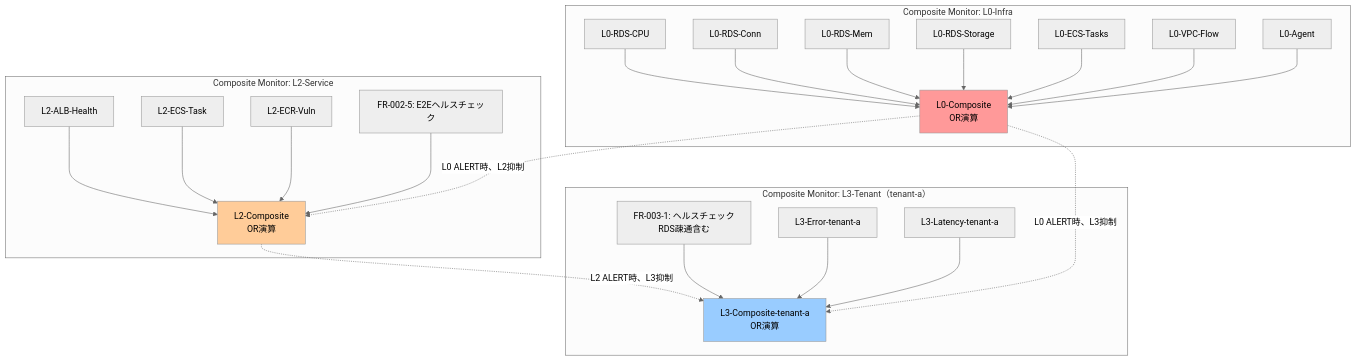
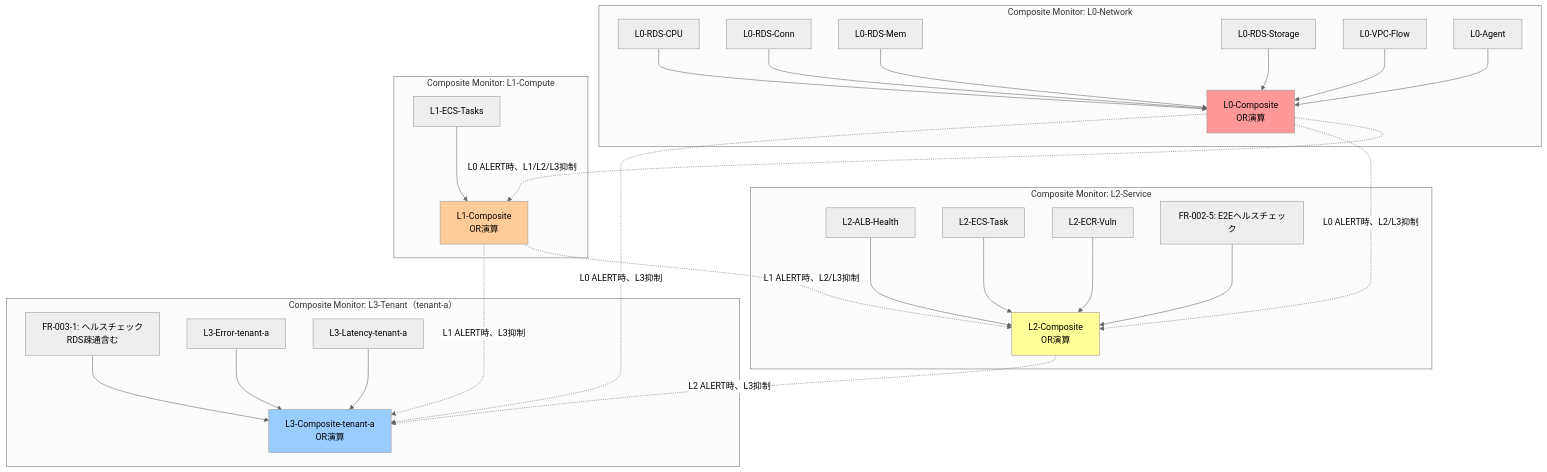
Before and after one commit to k-tanaka-522/datadog-for-AWS-terraform: the diagram in docs/04_インフラ設計/01_基本設計/05_監視設計.md, drawn with Mermaid (neutral theme). The commit also changed other lines of this file and 43 other files, not shown here.

````diff
--- a/docs/04_インフラ設計/01_基本設計/05_監視設計.md
+++ b/docs/04_インフラ設計/01_基本設計/05_監視設計.md
@@ -309,54 +360,63 @@
 ```mermaid
 graph TB
-    subgraph "Composite Monitor: L0-Infra"
+    subgraph "Composite Monitor: L0-Network"
         L0_Composite[L0-Composite<br/>OR演算]
         L0_RDS[L0-RDS-CPU]
         L0_Conn[L0-RDS-Conn]
         L0_Mem[L0-RDS-Mem]
         L0_Storage[L0-RDS-Storage]
-        L0_ECS[L0-ECS-Tasks]
         L0_VPC[L0-VPC-Flow]
         L0_Agent[L0-Agent]
 
         L0_RDS --> L0_Composite
         L0_Conn --> L0_Composite
         L0_Mem --> L0_Composite
         L0_Storage --> L0_Composite
-        L0_ECS --> L0_Composite
         L0_VPC --> L0_Composite
         L0_Agent --> L0_Composite
+    end
+
+    subgraph "Composite Monitor: L1-Compute"
+        L1_Composite[L1-Composite<br/>OR演算]
+        L1_ECS[L1-ECS-Tasks]
+
+        L1_ECS --> L1_Composite
     end
 
     subgraph "Composite Monitor: L2-Service"
         L2_Composite[L2-Composite<br/>OR演算]
         L2_ALB[L2-ALB-Health]
         L2_Task[L2-ECS-Task]
         L2_ECR[L2-ECR-Vuln]
         L2_E2E[FR-002-5: E2Eヘルスチェック]
 
         L2_ALB --> L2_Composite
         L2_Task --> L2_Composite
         L2_ECR --> L2_Composite
         L2_E2E --> L2_Composite
     end
 
     subgraph "Composite Monitor: L3-Tenant（tenant-a）"
         L3_Composite_A[L3-Composite-tenant-a<br/>OR演算]
         L3_Health_A[FR-003-1: ヘルスチェック<br/>RDS疎通含む]
         L3_Error_A[L3-Error-tenant-a]
         L3_Latency_A[L3-Latency-tenant-a]
 
         L3_Health_A --> L3_Composite_A
         L3_Error_A --> L3_Composite_A
         L3_Latency_A --> L3_Composite_A
     end
 
     %% アラート抑制の親子関係
-    L0_Composite -.->|L0 ALERT時、L2抑制| L2_Composite
+    L0_Composite -.->|L0 ALERT時、L1/L2/L3抑制| L1_Composite
+    L0_Composite -.->|L0 ALERT時、L2/L3抑制| L2_Composite
     L0_Composite -.->|L0 ALERT時、L3抑制| L3_Composite_A
+    L1_Composite -.->|L1 ALERT時、L2/L3抑制| L2_Composite
+    L1_Composite -.->|L1 ALERT時、L3抑制| L3_Composite_A
     L2_Composite -.->|L2 ALERT時、L3抑制| L3_Composite_A
 
     style L0_Composite fill:#ff9999
-    style L2_Composite fill:#ffcc99
+    style L1_Composite fill:#ffcc99
+    style L2_Composite fill:#ffff99
     style L3_Composite_A fill:#99ccff
 ```
````
